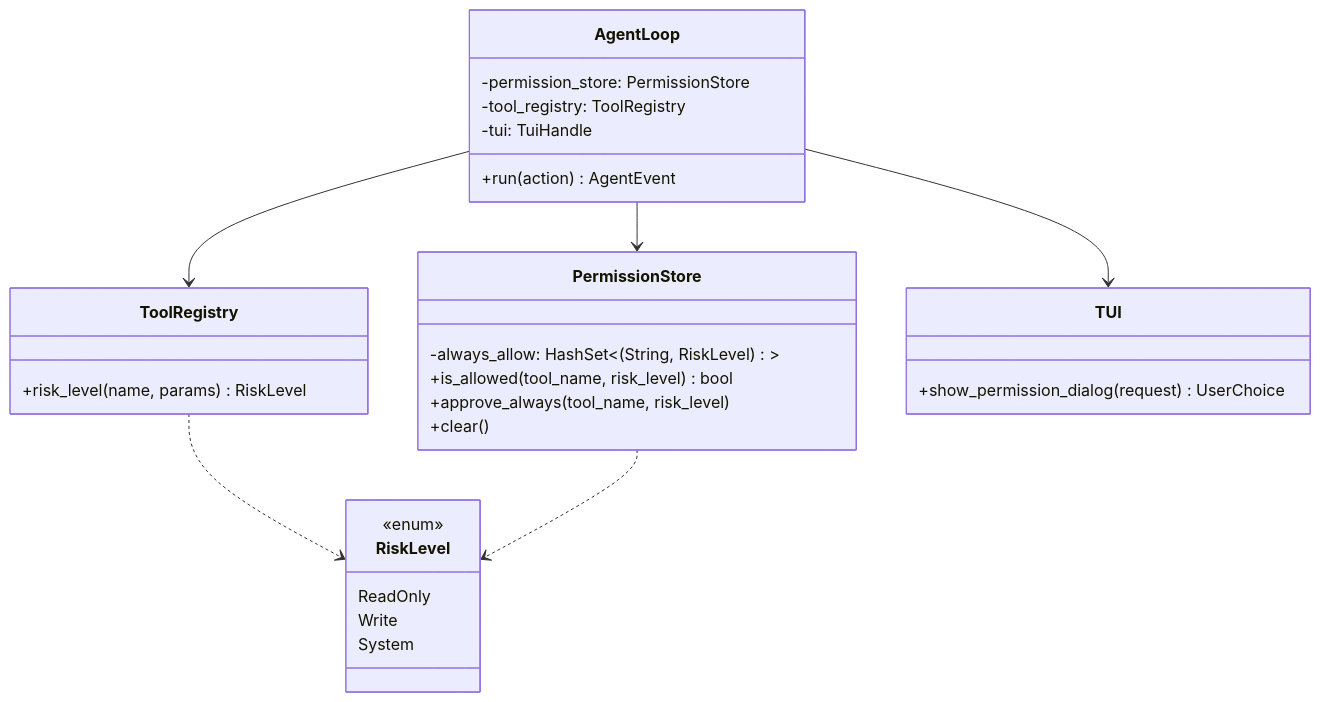
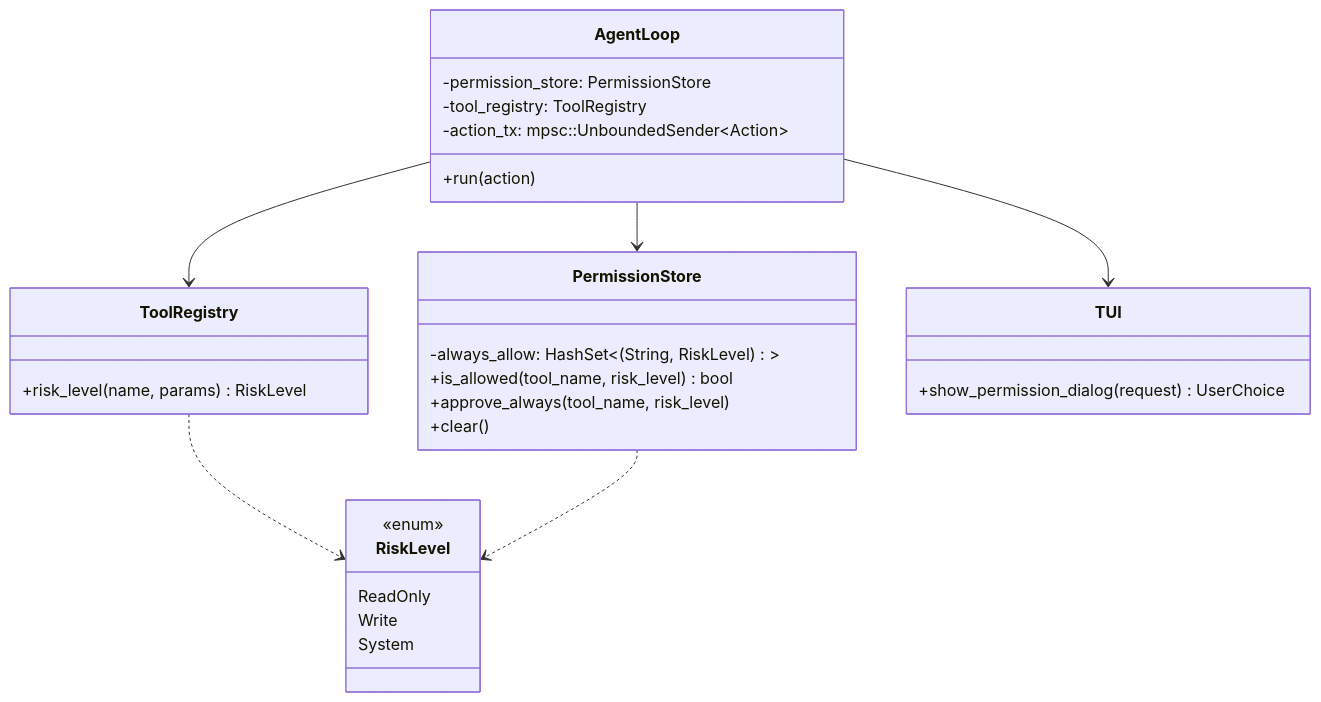
One commit to CheneyYin/emergence changed the ninth of 23 diagrams in docs/superpowers/specs/2026-05-04-emergence-design.md. Above: the diagram before and after it, drawn with Mermaid. The commit also changed other lines of this file, not shown here.

Commit message:
fix: self-review pass 2 — fix TuiHandle, Action names, settings.json, SessionManager methods, Session class diagram

````diff
--- a/docs/superpowers/specs/2026-05-04-emergence-design.md
+++ b/docs/superpowers/specs/2026-05-04-emergence-design.md
@@ -560,37 +560,37 @@
 ```mermaid
 classDiagram
     class RiskLevel {
         <<enum>>
         ReadOnly
         Write
         System
     }
 
     class PermissionStore {
         -always_allow: HashSet<(String, RiskLevel)>
         +is_allowed(tool_name, risk_level) bool
         +approve_always(tool_name, risk_level)
         +clear()
     }
 
     class ToolRegistry {
         +risk_level(name, params) RiskLevel
     }
 
     class AgentLoop {
         -permission_store: PermissionStore
         -tool_registry: ToolRegistry
-        -tui: TuiHandle
-        +run(action) AgentEvent
+        -action_tx: mpsc::UnboundedSender~Action~
+        +run(action)
     }
 
     class TUI {
         +show_permission_dialog(request) UserChoice
     }
 
     AgentLoop --> PermissionStore
     AgentLoop --> ToolRegistry
     AgentLoop --> TUI
     ToolRegistry ..> RiskLevel
     PermissionStore ..> RiskLevel
 ```
````
